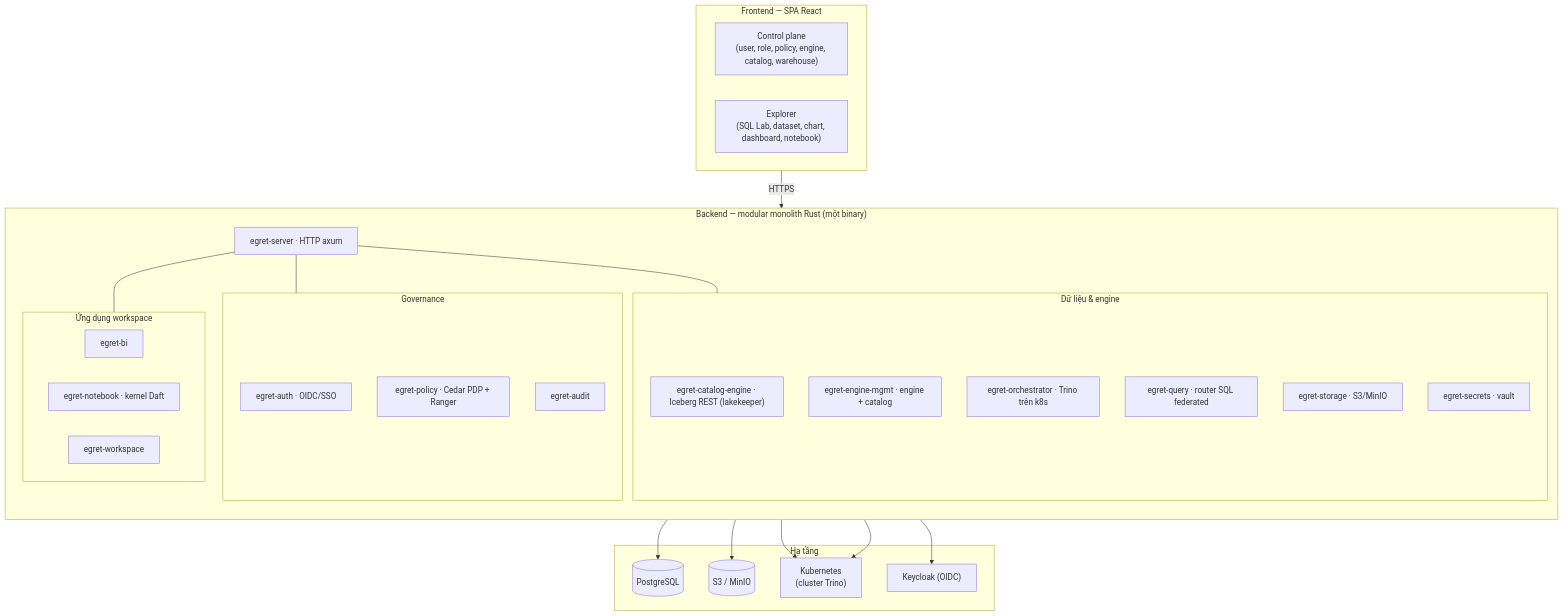
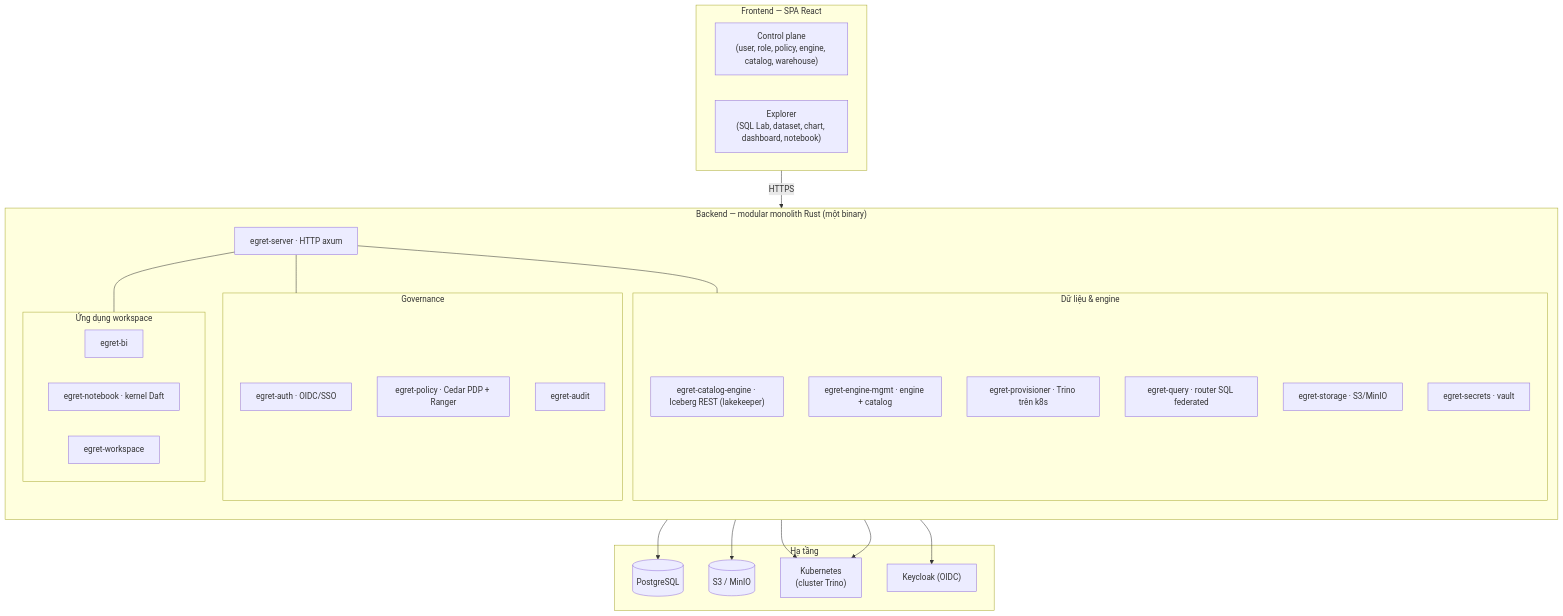
Before and after one commit to egret-data/platform: the seventh of 7 diagrams in README.vi.md, drawn with Mermaid. The commit also changed 7 other files, not shown here.

````diff
--- a/README.vi.md
+++ b/README.vi.md
@@ -309,45 +309,45 @@
 ```mermaid
 flowchart TB
     subgraph FE["Frontend — SPA React"]
         CPUI["Control plane<br/>(user, role, policy, engine, catalog, warehouse)"]
         EXP["Explorer<br/>(SQL Lab, dataset, chart, dashboard, notebook)"]
     end
 
     subgraph BE["Backend — modular monolith Rust (một binary)"]
         direction TB
         SRV["egret-server · HTTP axum"]
         subgraph GOVN["Governance"]
             AUTH["egret-auth · OIDC/SSO"]
             POL["egret-policy · Cedar PDP + Ranger"]
             AUD["egret-audit"]
         end
         subgraph DATA["Dữ liệu & engine"]
             CATE["egret-catalog-engine · Iceberg REST (lakekeeper)"]
             EMG["egret-engine-mgmt · engine + catalog"]
-            ORCH["egret-orchestrator · Trino trên k8s"]
+            ORCH["egret-provisioner · Trino trên k8s"]
             QRY["egret-query · router SQL federated"]
             STOR["egret-storage · S3/MinIO"]
             SEC["egret-secrets · vault"]
         end
         subgraph APPS["Ứng dụng workspace"]
             BI["egret-bi"]
             NB["egret-notebook · kernel Daft"]
             WSP["egret-workspace"]
         end
         SRV --- GOVN & DATA & APPS
     end
 
     subgraph INFRA["Hạ tầng"]
         PGSQL[("PostgreSQL")]
         OBJ[("S3 / MinIO")]
         K8S["Kubernetes<br/>(cluster Trino)"]
         IDP["Keycloak (OIDC)"]
     end
 
     FE -->|HTTPS| SRV
     AUTH --> IDP
     DATA --> PGSQL
     CATE --> OBJ
     ORCH --> K8S
     QRY --> K8S
 ```
````
